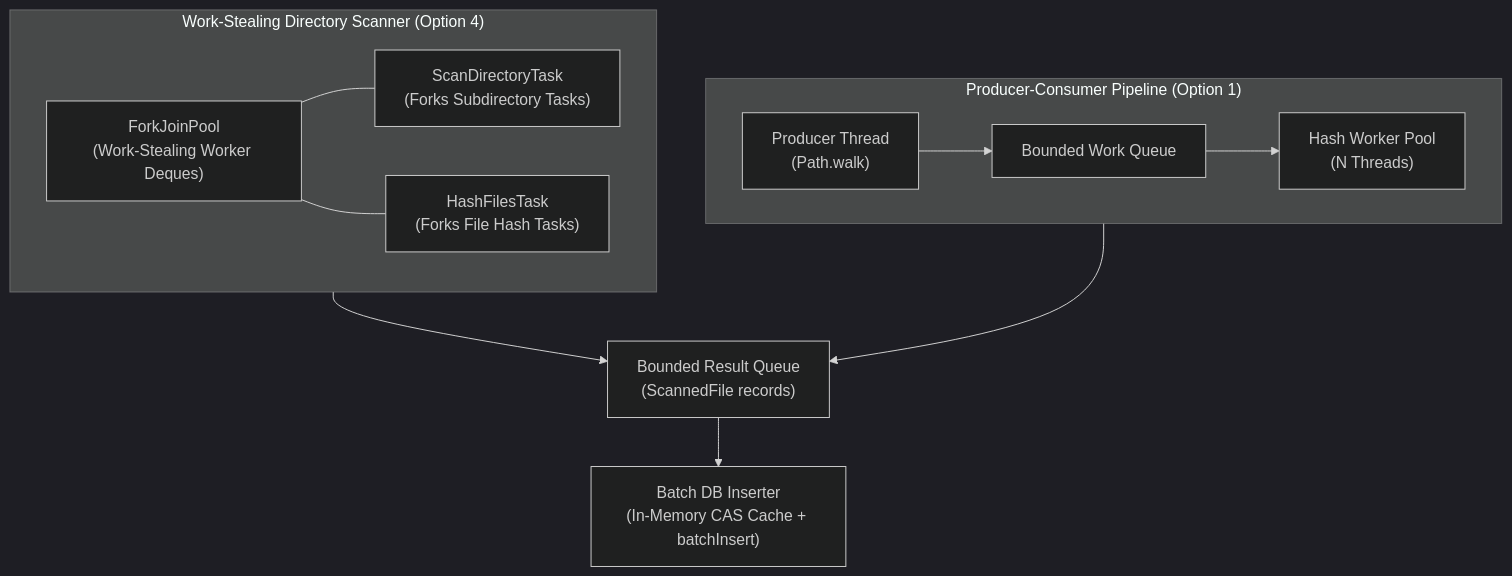
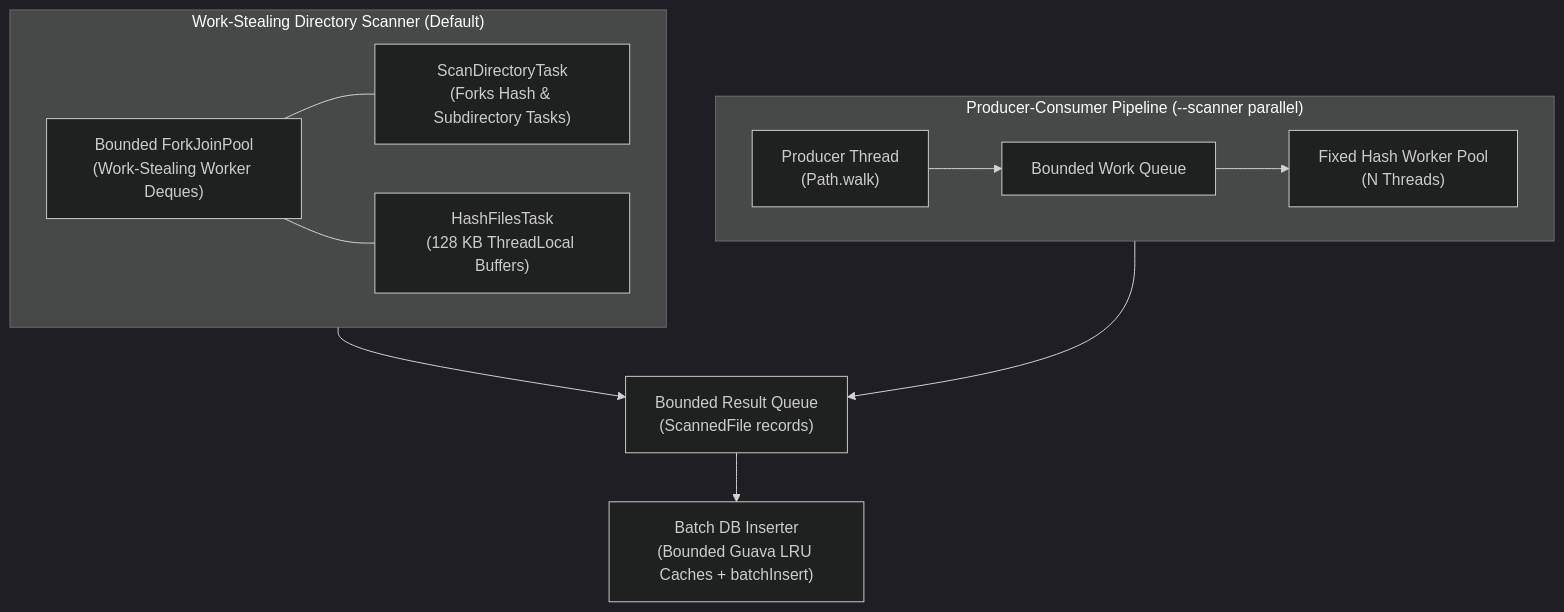
Before and after one commit to cherba29/boveda: the first of 2 diagrams in README.md, drawn with Mermaid (dark theme). The commit also changed other lines of this file and 9 other files, not shown here.

````diff
--- a/README.md
+++ b/README.md
@@ -456,21 +519,21 @@
 ```mermaid
 flowchart TD
-    subgraph WorkStealing["Work-Stealing Directory Scanner (Option 4)"]
-        WS_Pool["ForkJoinPool\n(Work-Stealing Worker Deques)"]
-        DirTask["ScanDirectoryTask\n(Forks Subdirectory Tasks)"]
-        HashTask["HashFilesTask\n(Forks File Hash Tasks)"]
+    subgraph WorkStealing["Work-Stealing Directory Scanner (Default)"]
+        WS_Pool["Bounded ForkJoinPool\n(Work-Stealing Worker Deques)"]
+        DirTask["ScanDirectoryTask\n(Forks Hash & Subdirectory Tasks)"]
+        HashTask["HashFilesTask\n(128 KB ThreadLocal Buffers)"]
         WS_Pool --- DirTask
         WS_Pool --- HashTask
     end
 
-    subgraph Pipeline["Producer-Consumer Pipeline (Option 1)"]
+    subgraph Pipeline["Producer-Consumer Pipeline (--scanner parallel)"]
         Walker["Producer Thread\n(Path.walk)"]
         WorkQ["Bounded Work Queue"]
-        WorkerPool["Hash Worker Pool\n(N Threads)"]
+        WorkerPool["Fixed Hash Worker Pool\n(N Threads)"]
         Walker --> WorkQ --> WorkerPool
     end
 
     WorkStealing --> ResultQ["Bounded Result Queue\n(ScannedFile records)"]
     Pipeline --> ResultQ
-    ResultQ --> Consumer["Batch DB Inserter\n(In-Memory CAS Cache + batchInsert)"]
+    ResultQ --> Consumer["Batch DB Inserter\n(Bounded Guava LRU Caches + batchInsert)"]
 ```
````
